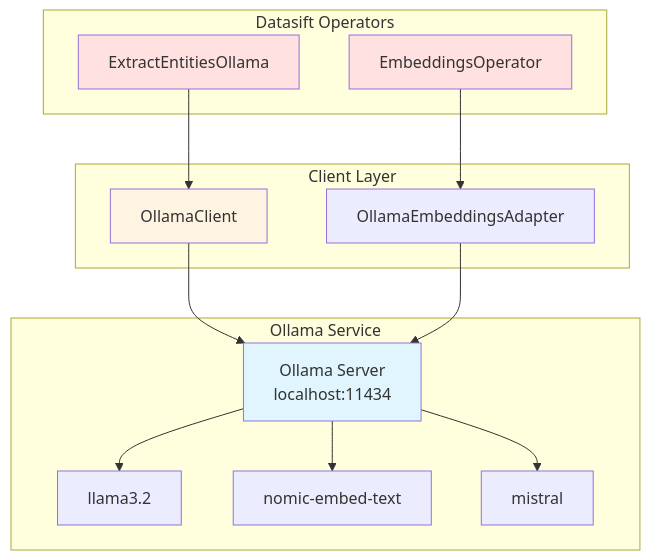
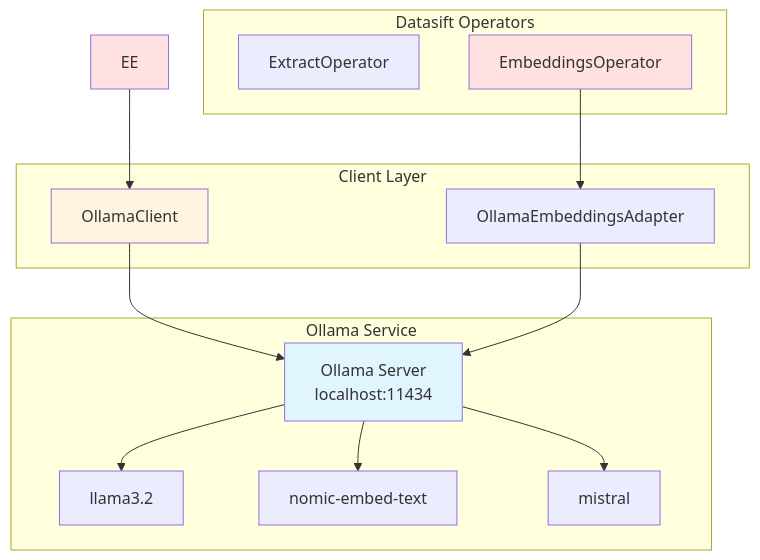
One commit to anupvarma007-ui/datasift-opensource changed diagram 13 of 27 in ARCHITECTURE.md. Above: the diagram before and after it, drawn with Mermaid. The commit also changed other lines of this file and 20 other files, not shown here.

First line of the commit message:
Add LiteLLM support for entity extraction in ExtractOperator (#257)

````diff
--- a/ARCHITECTURE.md
+++ b/ARCHITECTURE.md
@@ -1038,32 +1037,32 @@
 ```mermaid
 graph TB
     subgraph "Datasift Operators"
-        EE[ExtractEntitiesOllama]
+        EXT[ExtractOperator]
         EMB[EmbeddingsOperator]
     end
 
     subgraph "Client Layer"
         OC[OllamaClient]
         OEA[OllamaEmbeddingsAdapter]
     end
 
     subgraph "Ollama Service"
         OS[Ollama Server<br/>localhost:11434]
         M1[llama3.2]
         M2[nomic-embed-text]
         M3[mistral]
     end
 
     EE --> OC
     EMB --> OEA
     OC --> OS
     OEA --> OS
     OS --> M1
     OS --> M2
     OS --> M3
 
     style EE fill:#ffe1e1
     style EMB fill:#ffe1e1
     style OC fill:#fff4e1
     style OS fill:#e1f5ff
 ```
````
